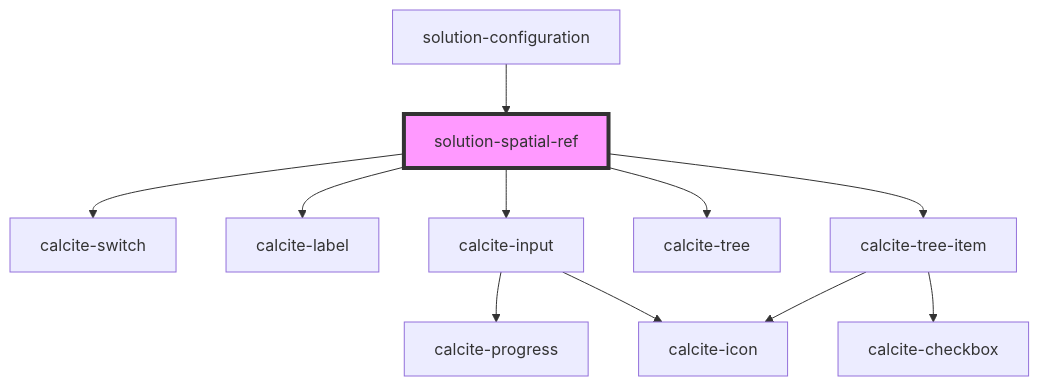
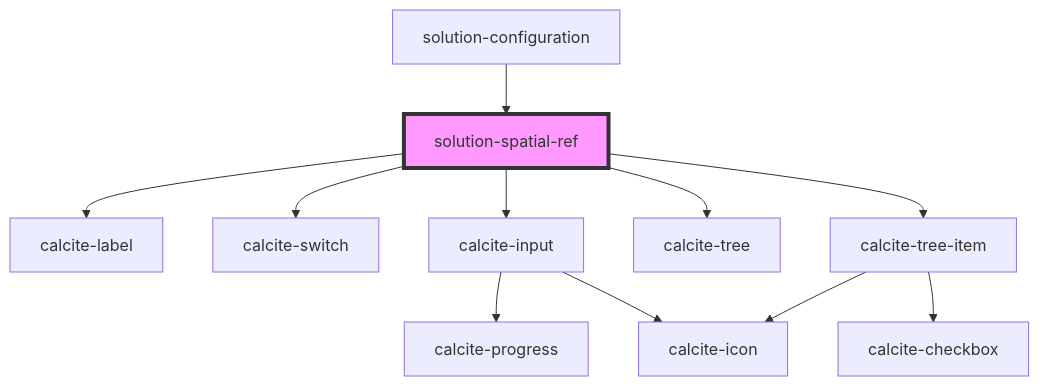
Before and after one commit to Esri/solutions-components: the diagram in src/components/solution-spatial-ref/readme.md, drawn with Mermaid. The commit also changed other lines of this file and 18 other files, not shown here.

````diff
--- a/src/components/solution-spatial-ref/readme.md
+++ b/src/components/solution-spatial-ref/readme.md
@@ -77,14 +76,14 @@
 ```mermaid
 graph TD;
+  solution-spatial-ref --> calcite-label
   solution-spatial-ref --> calcite-switch
-  solution-spatial-ref --> calcite-label
   solution-spatial-ref --> calcite-input
   solution-spatial-ref --> calcite-tree
   solution-spatial-ref --> calcite-tree-item
   calcite-input --> calcite-progress
   calcite-input --> calcite-icon
   calcite-tree-item --> calcite-icon
   calcite-tree-item --> calcite-checkbox
   solution-configuration --> solution-spatial-ref
   style solution-spatial-ref fill:#f9f,stroke:#333,stroke-width:4px
 ```
````
